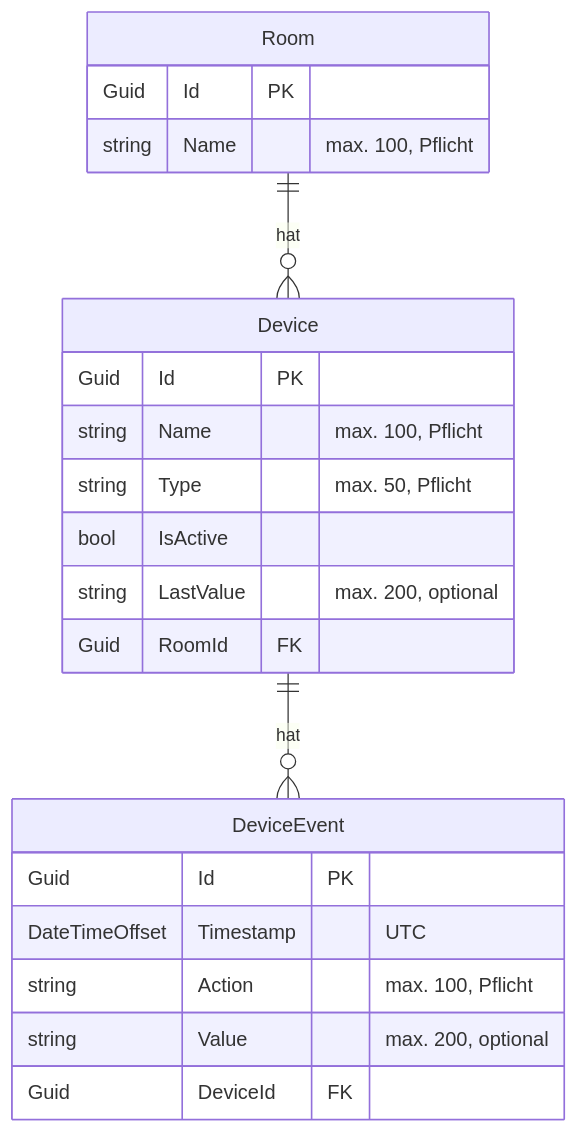
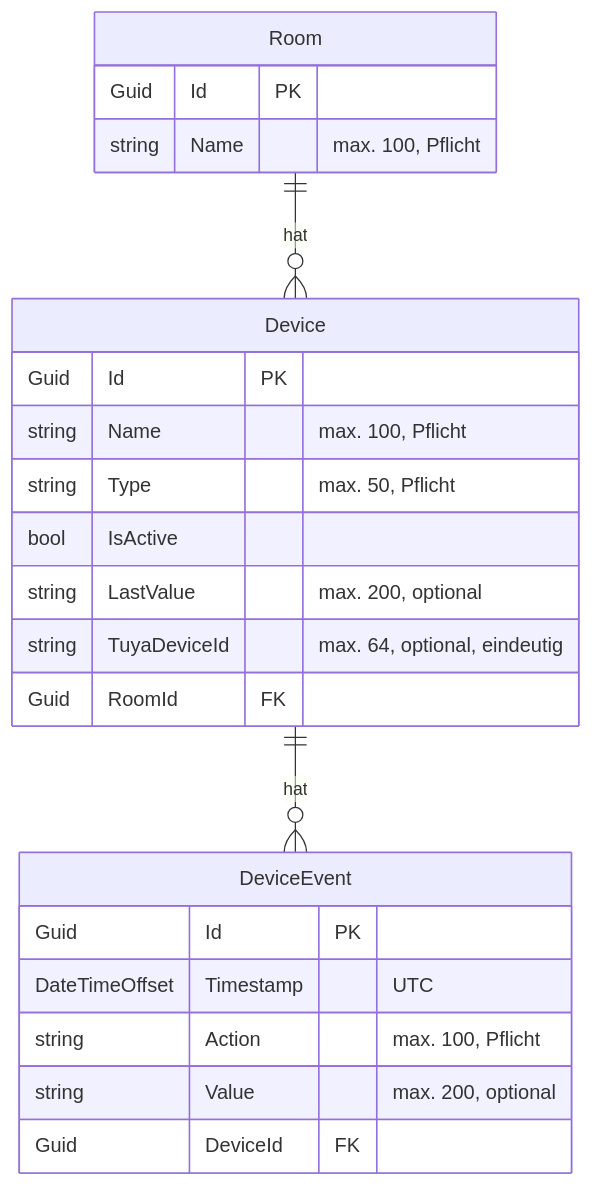
Before and after one commit to bmkbauservice-hue/Home-Control: the diagram in docs/DATENMODELL.md, drawn with Mermaid. The commit also changed other lines of this file and 22 other files, not shown here.

````diff
--- a/docs/DATENMODELL.md
+++ b/docs/DATENMODELL.md
@@ -7,25 +7,26 @@
 ```mermaid
 erDiagram
     Room ||--o{ Device : "hat"
     Device ||--o{ DeviceEvent : "hat"
 
     Room {
         Guid Id PK
         string Name "max. 100, Pflicht"
     }
     Device {
         Guid Id PK
         string Name "max. 100, Pflicht"
         string Type "max. 50, Pflicht"
         bool IsActive
         string LastValue "max. 200, optional"
+        string TuyaDeviceId "max. 64, optional, eindeutig"
         Guid RoomId FK
     }
     DeviceEvent {
         Guid Id PK
         DateTimeOffset Timestamp "UTC"
         string Action "max. 100, Pflicht"
         string Value "max. 200, optional"
         Guid DeviceId FK
     }
 ```
````
